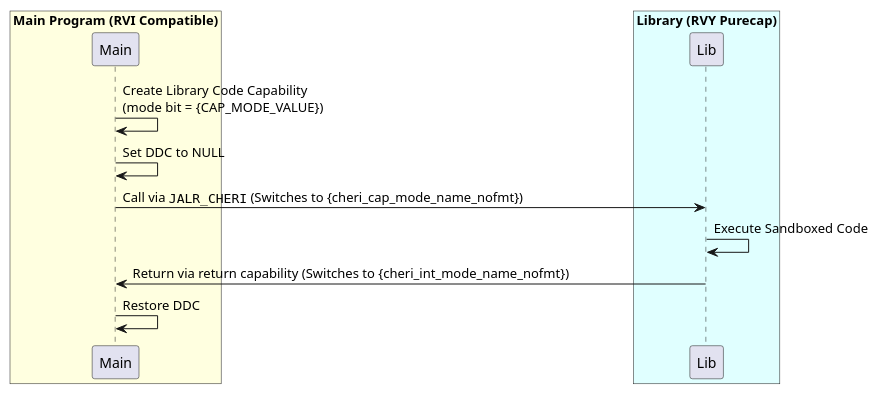
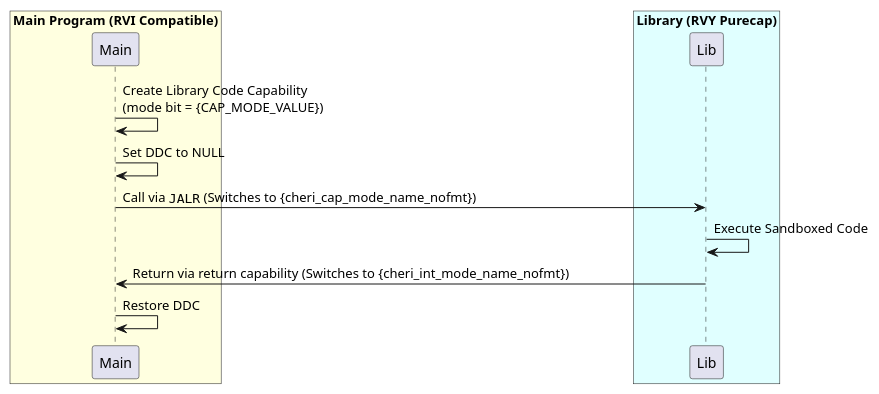
Before and after one commit to riscv/riscv-cheri: the second of 4 diagrams in src/cheri/app-hybrid-usage.adoc, drawn with PlantUML. The commit also changed other lines of this file and 86 other files, not shown here.

```diff
--- a/src/cheri/app-hybrid-usage.adoc
+++ b/src/cheri/app-hybrid-usage.adoc
@@ -90,20 +90,20 @@
 [plantuml, target="lib-sandbox-transition", format="svg",subs=attributes+]
 ....
 @startuml
 box "Main Program (RVI Compatible)" #LightYellow
 participant "Main" as M
 end box
 
 box "Library (RVY Purecap)" #LightCyan
 participant "Lib" as L
 end box
 
 M -> M: Create Library Code Capability\n(mode bit = {CAP_MODE_VALUE})
 M -> M: Set DDC to NULL
-M -> L: Call via ""JALR_CHERI"" (Switches to {cheri_cap_mode_name_nofmt})
+M -> L: Call via ""JALR"" (Switches to {cheri_cap_mode_name_nofmt})
 L -> L: Execute Sandboxed Code
 L -> M: Return via return capability (Switches to {cheri_int_mode_name_nofmt})
 M -> M: Restore DDC
 
 @enduml
 ....
```
